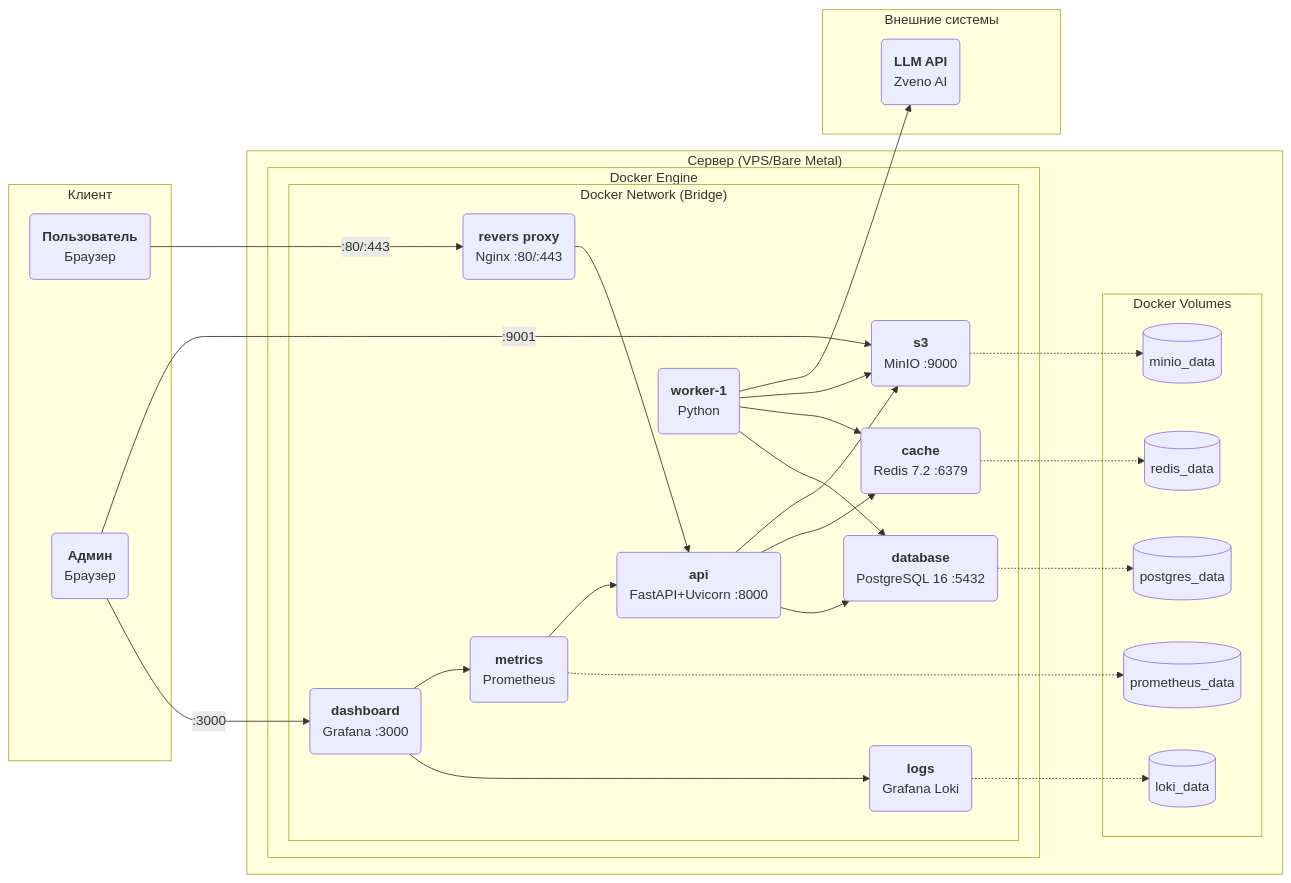
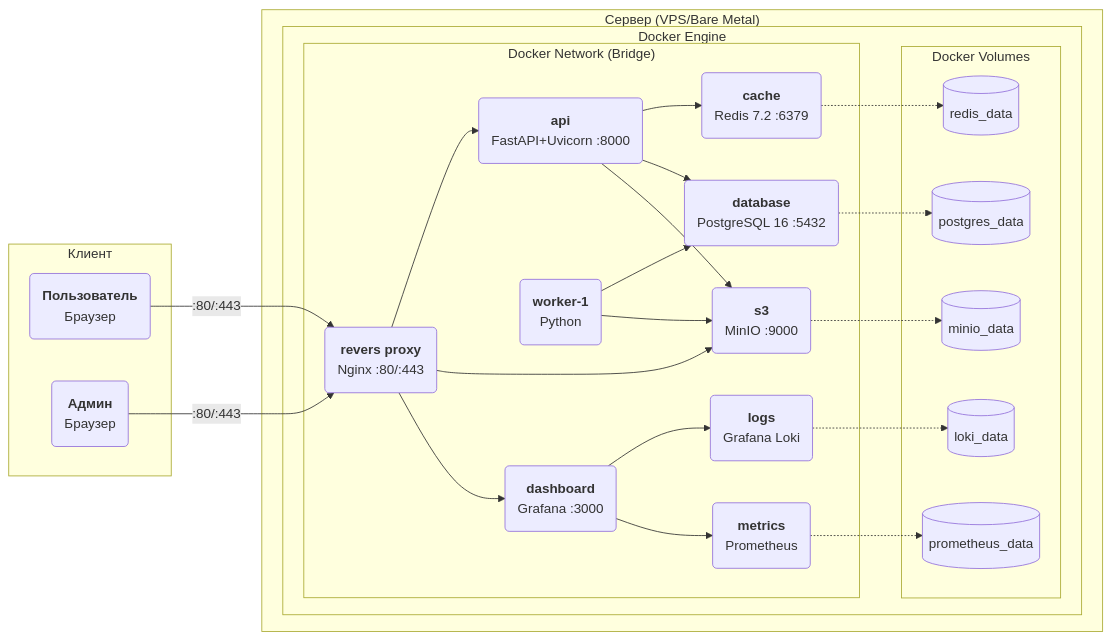
One commit to Daniil-Solo/AIReviewBackend changed the first of 3 diagrams in docs/architecture/deployment.md. Above: the diagram before and after it, drawn with Mermaid. The commit also changed other lines of this file and 13 other files, not shown here.

````diff
--- a/docs/architecture/deployment.md
+++ b/docs/architecture/deployment.md
@@ -3,62 +3,62 @@
 ```mermaid
 flowchart LR
     subgraph External1["Клиент"]
         user("<b>Пользователь</b><br>Браузер")
         admin("<b>Админ</b><br>Браузер")
     end
 
     subgraph Server["Сервер (VPS/Bare Metal)"]
         subgraph DockerHost["Docker Engine"]
             subgraph Net["Docker Network (Bridge)"]
                 nginx("<b>revers proxy</b><br>Nginx :80/:443")
                 api("<b>api</b><br>FastAPI+Uvicorn :8000")
                 worker1("<b>worker-1</b><br>Python")
                 db("<b>database</b><br>PostgreSQL 16 :5432")
                 redis("<b>cache</b><br>Redis 7.2 :6379")
                 minio("<b>s3</b><br>MinIO :9000")
                 loki("<b>logs</b><br>Grafana Loki")
                 grafana("<b>dashboard</b><br>Grafana :3000")
                 prom("<b>metrics</b><br>Prometheus")
             end
-        end
-        subgraph Volumes["Docker Volumes"]
-            pg_data[("postgres_data")]
-            minio_data[("minio_data")]
-            loki_data[("loki_data")]
-            prom_data[("prometheus_data")]
-            redis_data[("redis_data")]
+        
+            subgraph Volumes["Docker Volumes"]
+                pg_data[("postgres_data")]
+                minio_data[("minio_data")]
+                loki_data[("loki_data")]
+                prom_data[("prometheus_data")]
+                redis_data[("redis_data")]
+            end
         end
     end
 
-    subgraph External2["Внешние системы"]
-        llm("<b>LLM API</b><br>Zveno AI")
-    end
 
     %% Связи между контейнерами
     nginx --> api
+    nginx --> minio
+    nginx --> grafana
+    
+
+    
+    api --> redis
     api --> db
-    api --> redis
     api --> minio
     
     worker1 --> db
-    worker1 --> redis
     worker1 --> minio
     
     grafana --> loki
     grafana --> prom
-    worker1 --> llm
+    
 
     %% Связи с внешним миром
     user -->|":80/:443"| nginx
-    admin -->|":3000"| grafana
-    admin -->|":9001"| minio
+    admin -->|":80/:443"| nginx
 
     %% Монтирование томов
     db -.-> pg_data
     minio -.-> minio_data
     loki -.-> loki_data
     redis -.-> redis_data
     prom -.-> prom_data
     
-    prom --> api
 ```
````
